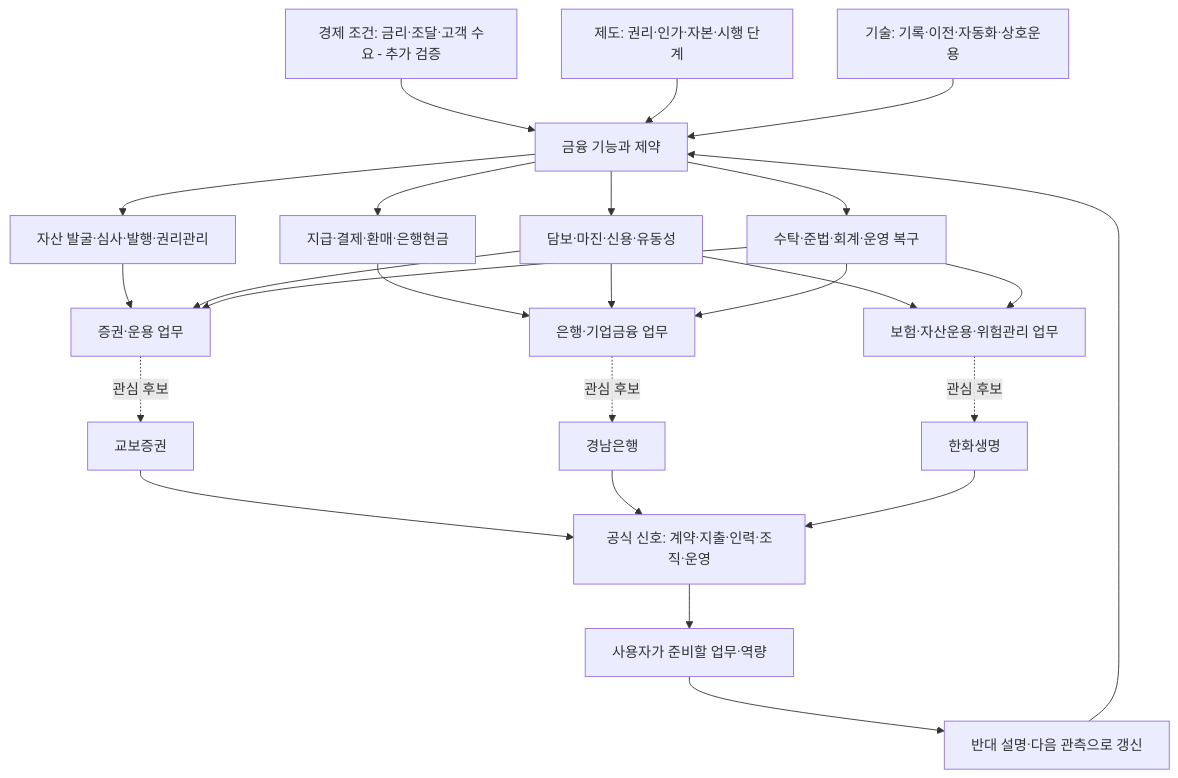
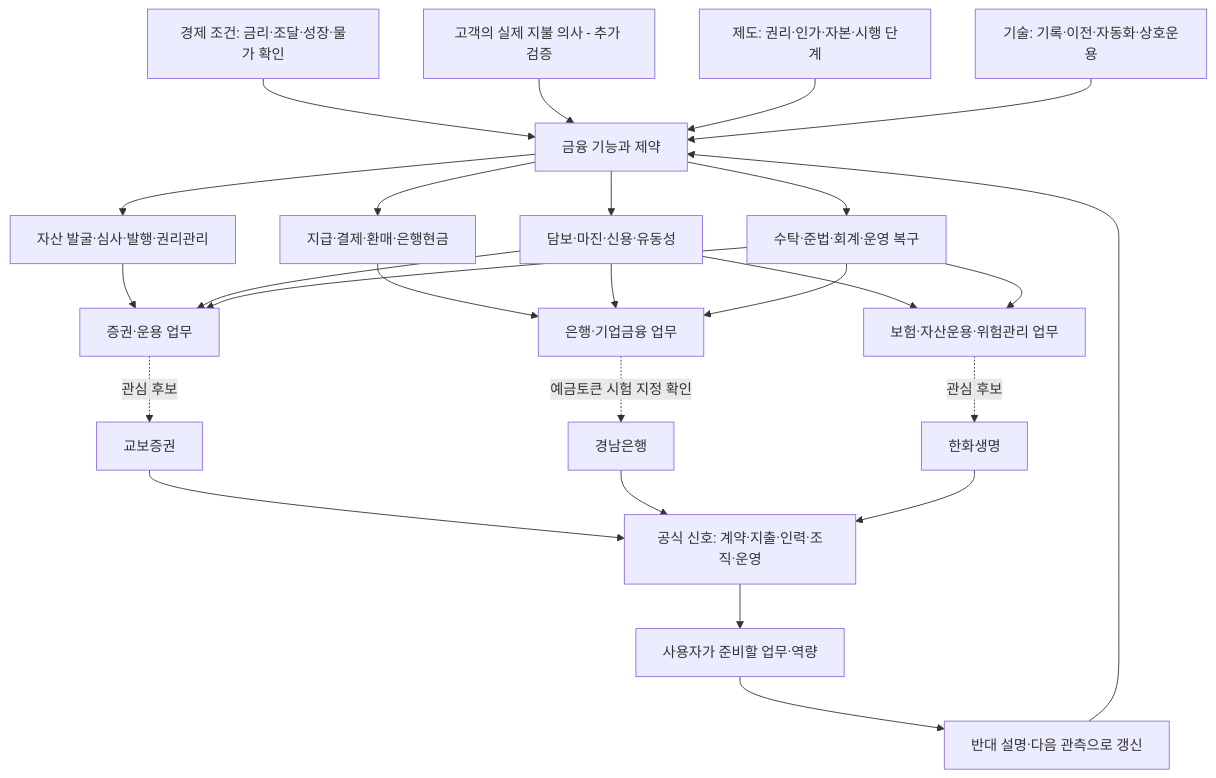
Before and after one commit to Eom-TaeJun/2026-11: the diagram in reports/00_macro_map.md, drawn with Mermaid. The commit also changed other lines of this file and 66 other files, not shown here.

````diff
--- a/reports/00_macro_map.md
+++ b/reports/00_macro_map.md
@@ -5,27 +5,28 @@
 ```mermaid
 flowchart TD
-  E[경제 조건: 금리·조달·고객 수요 - 추가 검증] --> F[금융 기능과 제약]
+  E[경제 조건: 금리·조달·성장·물가 확인] --> F[금융 기능과 제약]
+  D[고객의 실제 지불 의사 - 추가 검증] --> F
   R[제도: 권리·인가·자본·시행 단계] --> F
   T[기술: 기록·이전·자동화·상호운용] --> F
   F --> I[자산 발굴·심사·발행·권리관리]
   F --> P[지급·결제·환매·은행현금]
   F --> C[담보·마진·신용·유동성]
   F --> O[수탁·준법·회계·운영 복구]
   I --> S[증권·운용 업무]
   P --> B[은행·기업금융 업무]
   C --> L[보험·자산운용·위험관리 업무]
   C --> S
   C --> B
   O --> S
   O --> B
   O --> L
   S -. 관심 후보 .-> K[교보증권]
-  B -. 관심 후보 .-> G[경남은행]
+  B -. 예금토큰 시험 지정 확인 .-> G[경남은행]
   L -. 관심 후보 .-> H[한화생명]
   K --> Q[공식 신호: 계약·지출·인력·조직·운영]
   G --> Q
   H --> Q
   Q --> A[사용자가 준비할 업무·역량]
   A --> V[반대 설명·다음 관측으로 갱신]
   V --> F
 ```
````
